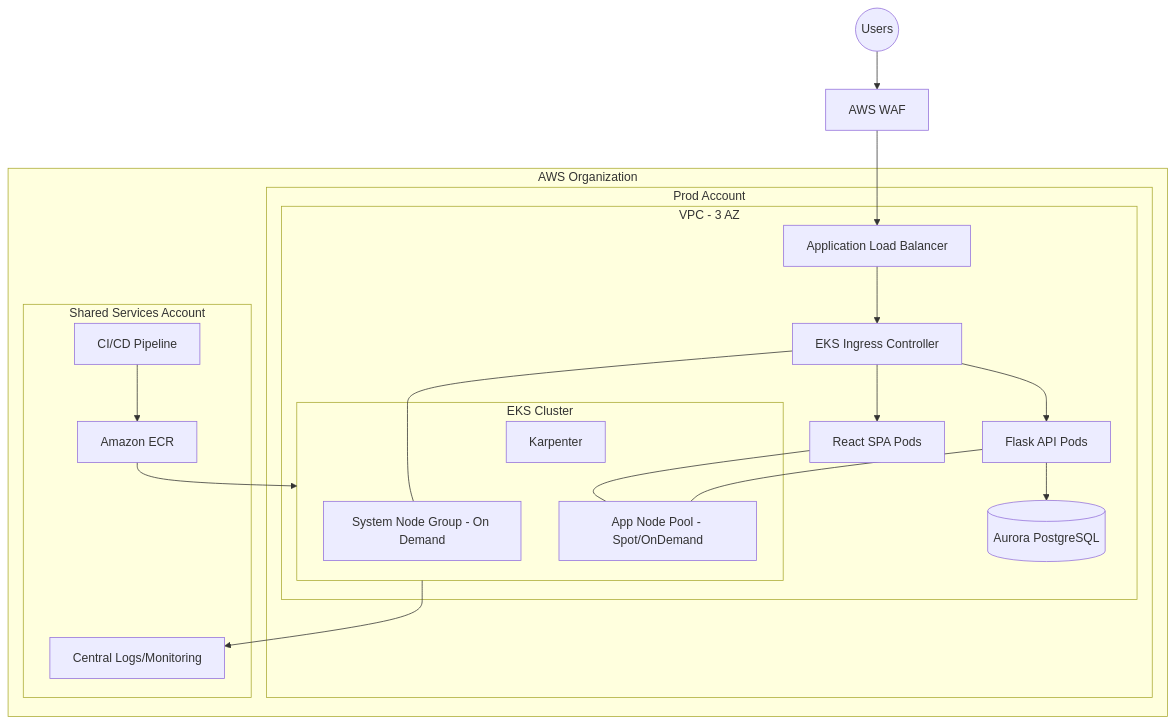
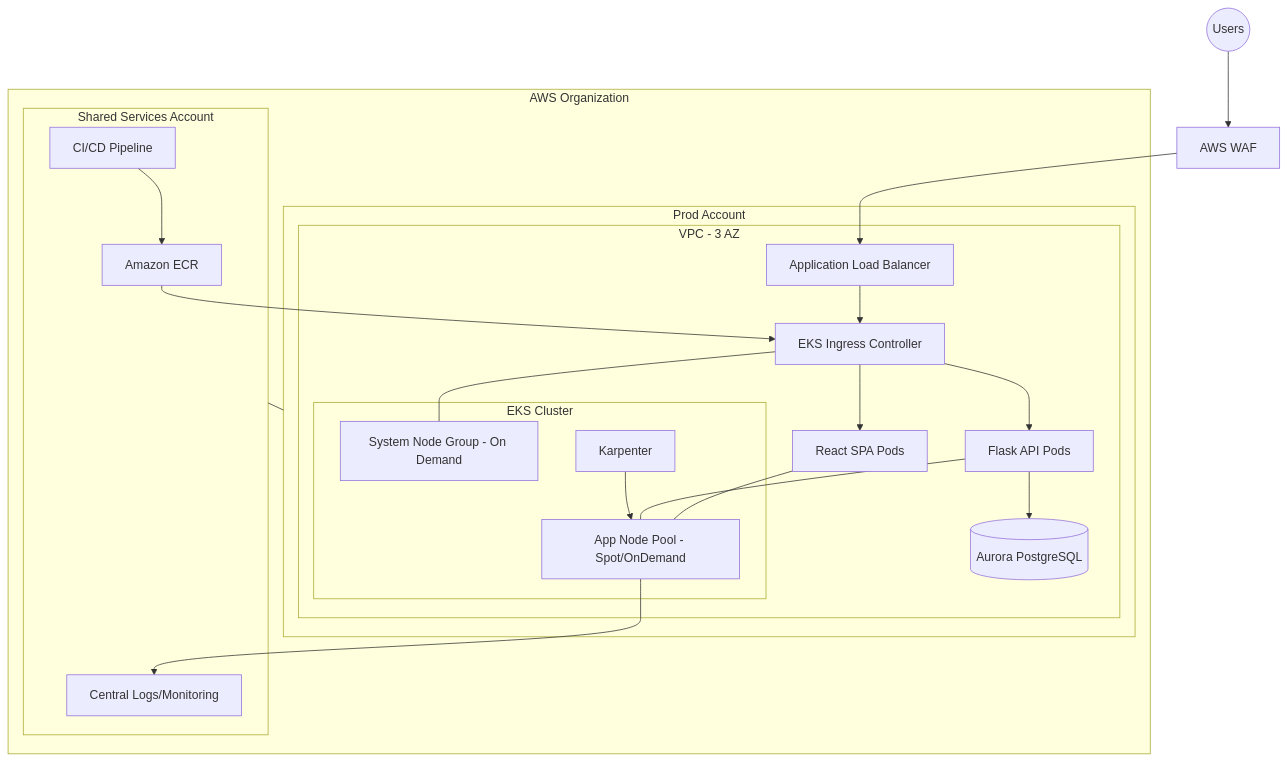
Before and after one commit to gezim-tech/opsfleet: the diagram in architecture/README.md, drawn with Mermaid. The commit also changed other lines of this file and 1 other file, not shown here.

Commit message:
fix: put shared-services inside AWS organization

````diff
--- a/architecture/README.md
+++ b/architecture/README.md
@@ -199,37 +199,36 @@
 ```mermaid
 flowchart TB
   Internet((Users)) --> WAF[AWS WAF]
   WAF --> ALB[Application Load Balancer]
 
   subgraph AWS_Org[AWS Organization]
+    subgraph Shared[Shared Services Account]
+      CI[CI/CD Pipeline] --> ECR[Amazon ECR]
+      Logs[Central Logs/Monitoring]
+    end
+
     subgraph Prod_Account[Prod Account]
       subgraph VPC[VPC - 3 AZ]
         ALB --> Ingress[EKS Ingress Controller]
         Ingress --> FE[React SPA Pods]
         Ingress --> API[Flask API Pods]
         API --> DB[(Aurora PostgreSQL)]
 
         subgraph EKS[EKS Cluster]
           SystemNG[System Node Group - On Demand]
           AppPool[App Node Pool - Spot/OnDemand]
           Karpenter[Karpenter]
         end
 
         FE --- AppPool
         API --- AppPool
         Ingress --- SystemNG
-        Karpenter --- EKS
+        Karpenter --> AppPool
       end
     end
 
-    subgraph Shared[Shared Services Account]
-      CI[CI/CD Pipeline]
-      ECR[Amazon ECR]
-      Logs[Central Logs/Monitoring]
-    end
-
-    CI --> ECR
-    ECR --> EKS
-    EKS --> Logs
+    Shared --- Prod_Account
+    ECR --> Ingress
+    AppPool --> Logs
   end
 ```
````
